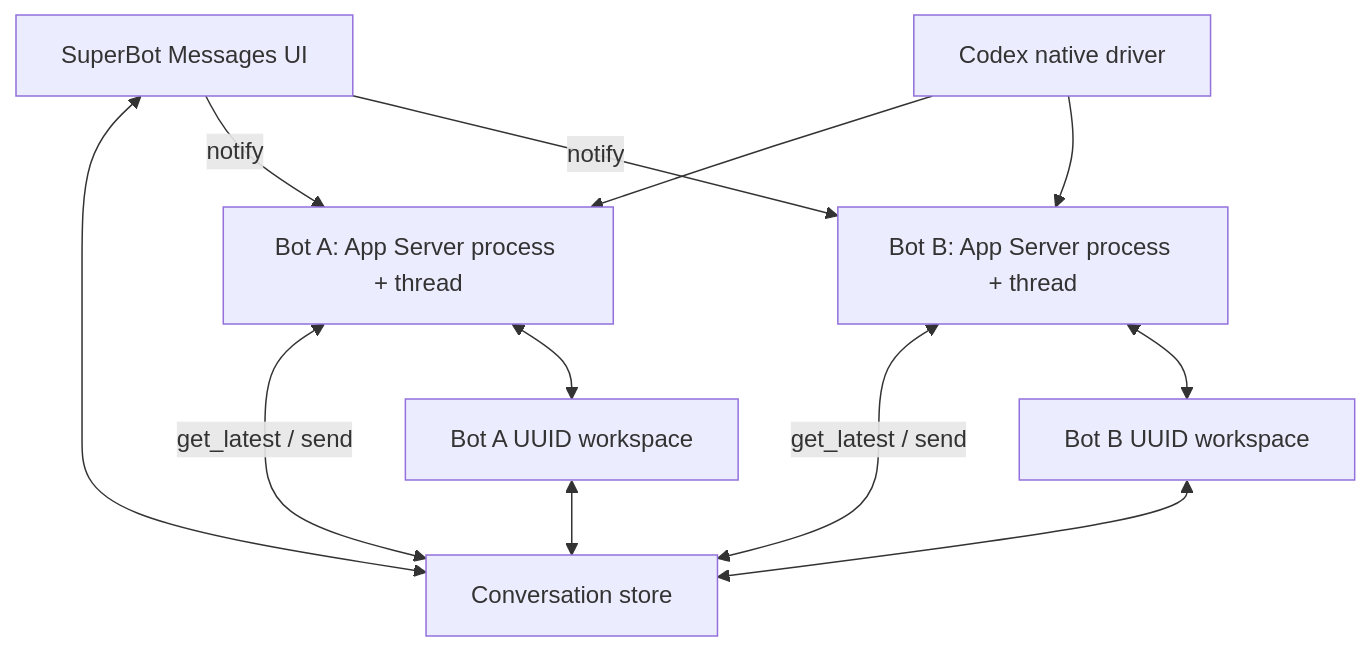
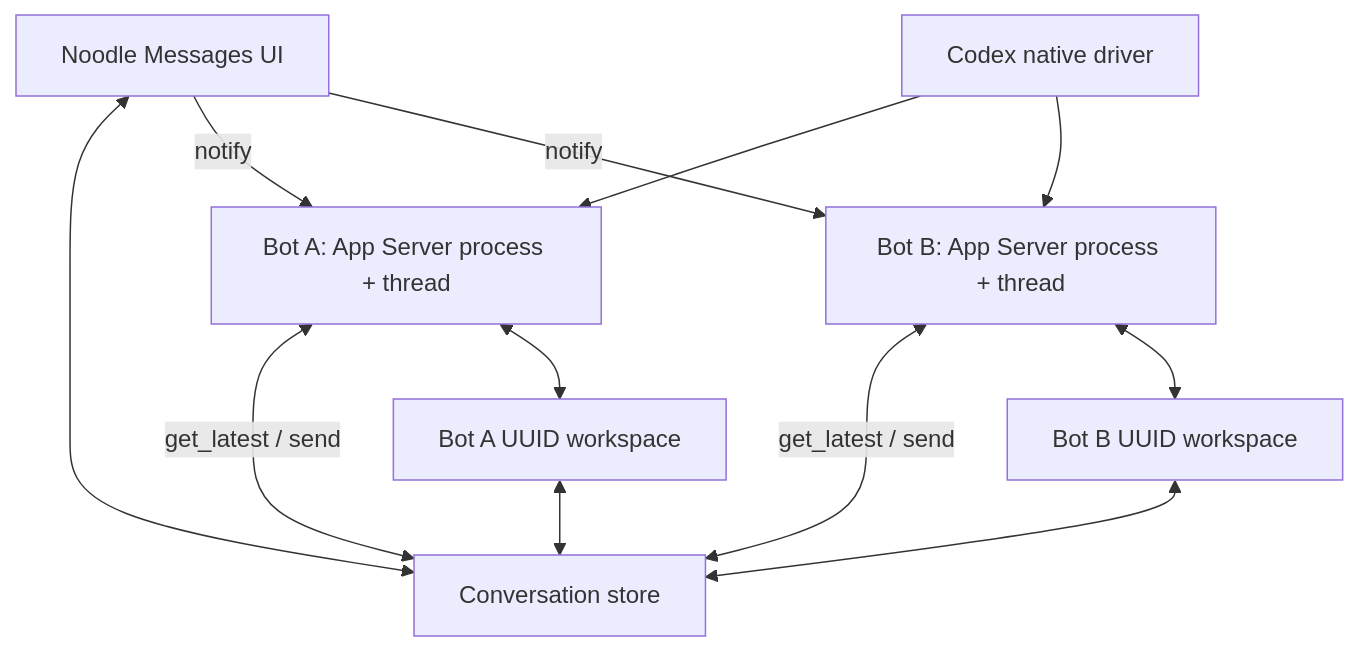
The diagram in docs/architecture.md (pdparchitect/noodle), drawn with Mermaid before and after one commit. The commit also changed other lines of this file and 115 other files, not shown here.

````diff
--- a/docs/architecture.md
+++ b/docs/architecture.md
@@ -8,22 +8,22 @@
 ```mermaid
 flowchart TB
-    UI[SuperBot Messages UI]
+    UI[Noodle Messages UI]
     STORE[Conversation store]
     CODEX[Codex native driver]
     A[Bot A: App Server process + thread]
     B[Bot B: App Server process + thread]
     AW[Bot A UUID workspace]
     BW[Bot B UUID workspace]
 
     UI <--> STORE
     UI -->|notify| A
     UI -->|notify| B
     CODEX --> A
     CODEX --> B
     A <-->|get_latest / send| STORE
     B <-->|get_latest / send| STORE
     A <--> AW
     B <--> BW
     AW <--> STORE
     BW <--> STORE
 ```
````
